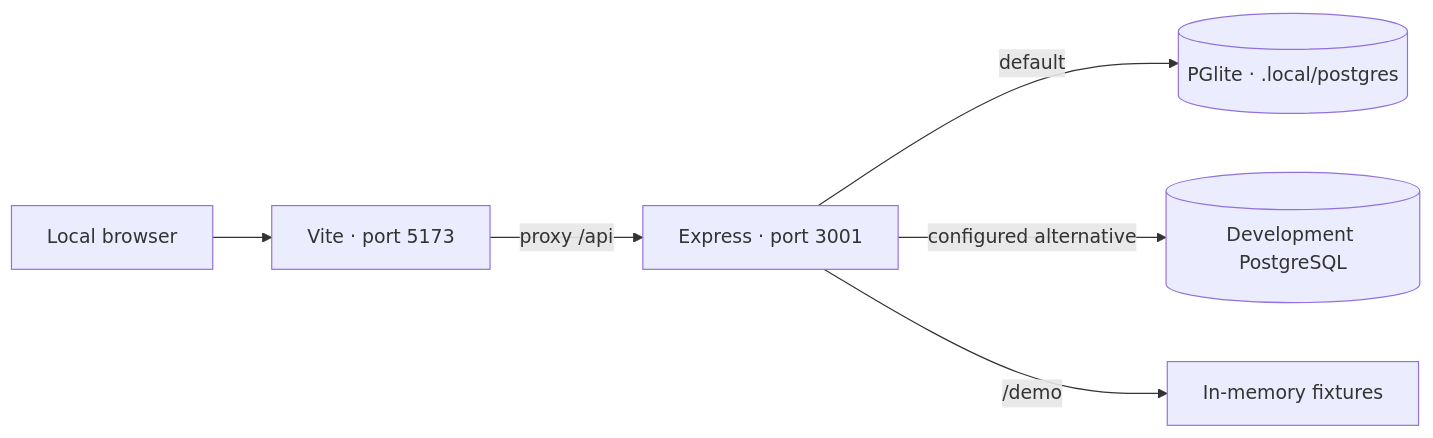
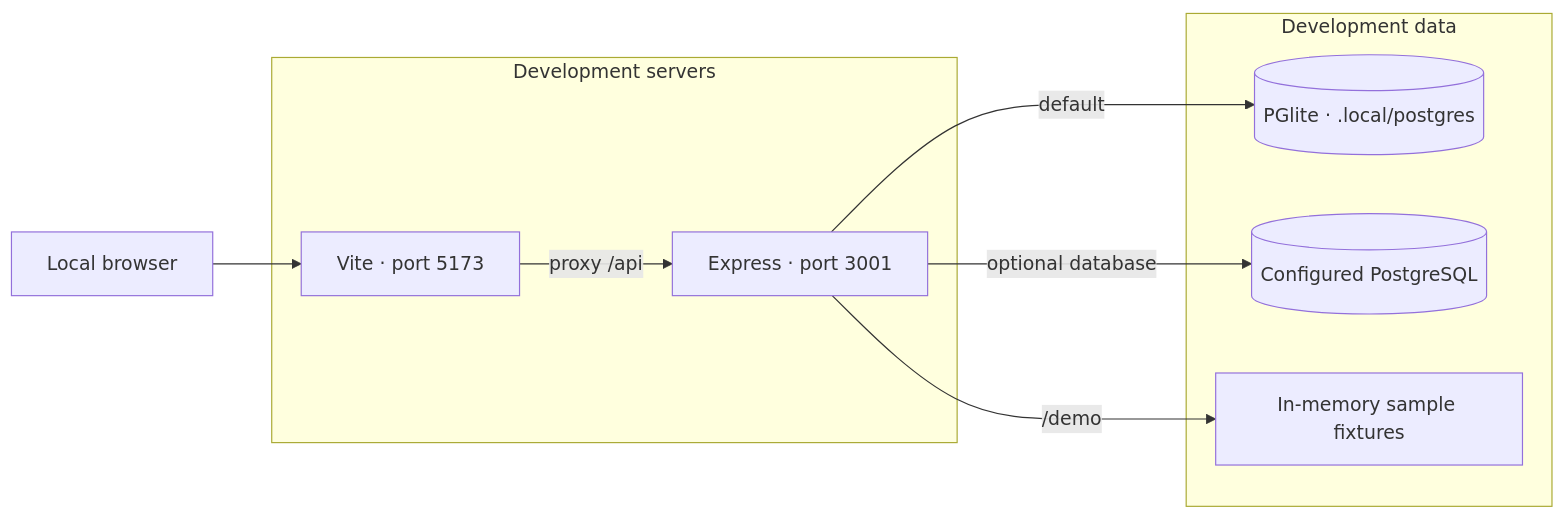
Before and after one commit to ethanrimes/reunite-now: the sixth of 6 diagrams in docs/ARCHITECTURE.md, drawn with Mermaid. The commit also changed other lines of this file and 25 other files, not shown here.

Commit message:
Add Apple, Yahoo and Microsoft petition sign-in and simplify visa timeline sharing

````diff
--- a/docs/ARCHITECTURE.md
+++ b/docs/ARCHITECTURE.md
@@ -61,8 +164,18 @@
 ```mermaid
 flowchart LR
-    browser["Local browser"] --> vite["Vite · port 5173"]
-    vite -->|"proxy /api"| api["Express · port 3001"]
-    api -->|"default"| embedded[("PGlite · .local/postgres")]
-    api -->|"configured alternative"| pg[("Development PostgreSQL")]
-    api -->|"/demo"| samples["In-memory fixtures"]
+    browser["Local browser"]
+    subgraph dev["Development servers"]
+        vite["Vite · port 5173"]
+        api["Express · port 3001"]
+        vite -->|"proxy /api"| api
+    end
+    subgraph data["Development data"]
+        embedded[("PGlite · .local/postgres")]
+        pg[("Configured PostgreSQL")]
+        samples["In-memory sample fixtures"]
+    end
+    browser --> vite
+    api -->|"default"| embedded
+    api -->|"optional database"| pg
+    api -->|"/demo"| samples
 ```
````
